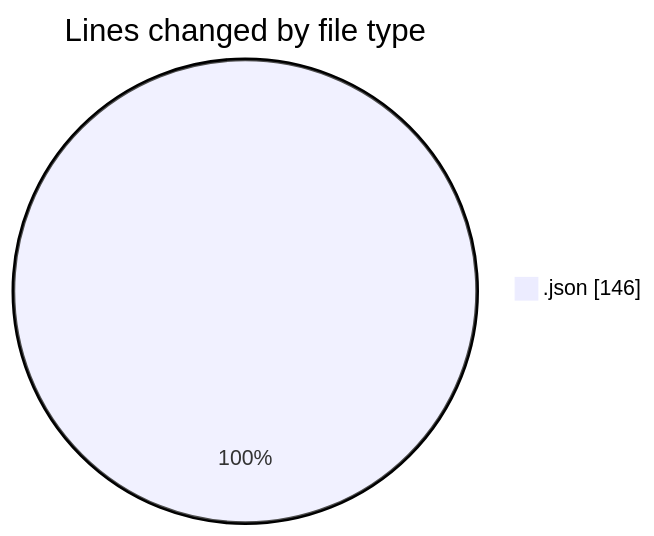
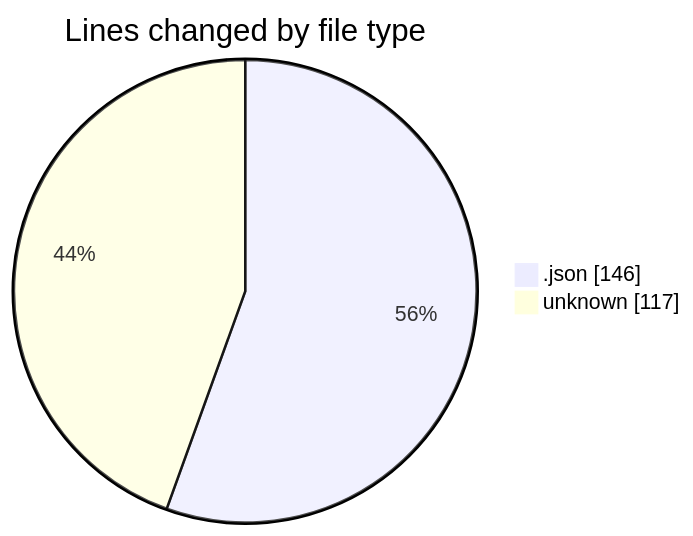
Before and after one commit to mevix1/code-tracking: the first of 2 diagrams in 2025-10-02/oura-api/README.md, drawn with Mermaid. The commit also changed other lines of this file and 1 other file, not shown here.

````diff
--- a/2025-10-02/oura-api/README.md
+++ b/2025-10-02/oura-api/README.md
@@ -21,5 +22,6 @@
 ```mermaid
 pie showData
 title Lines changed by file type
 ".json" : 146
+"unknown" : 117
 ```
````
